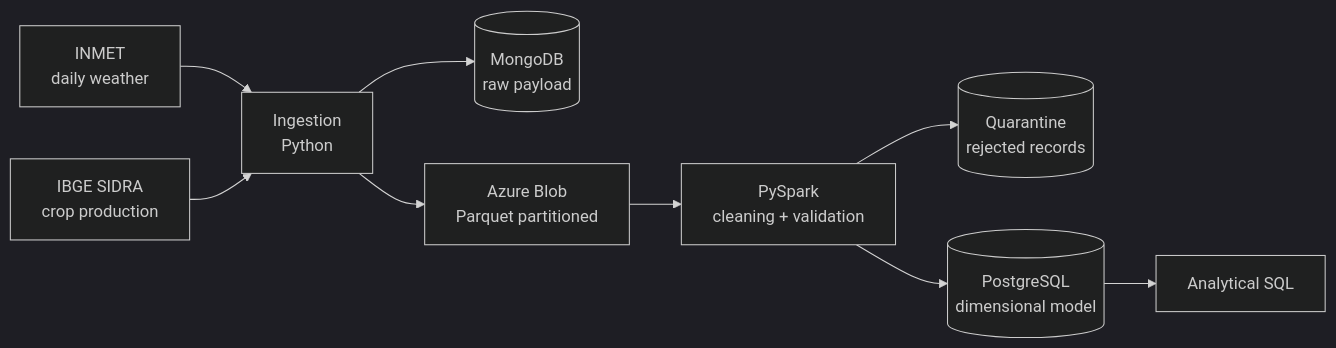
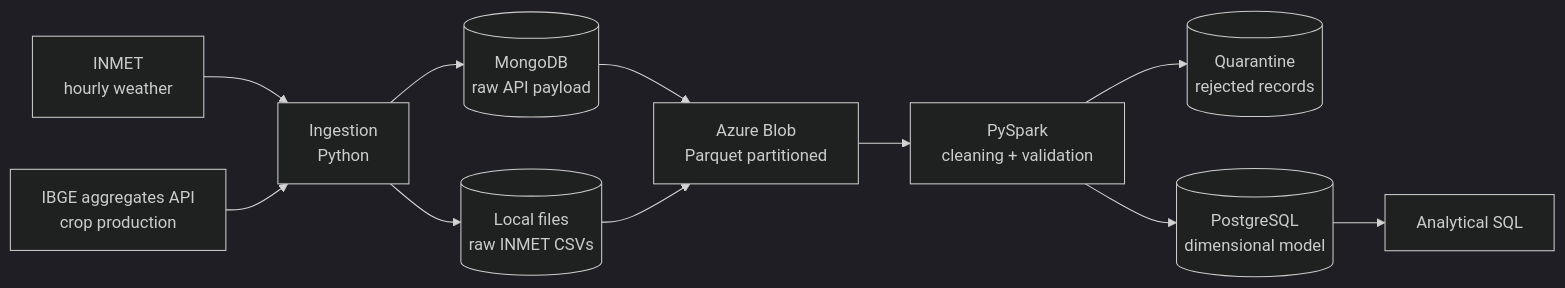
One commit to renan-almeidaa/pipeline-agroclima changed the diagram in README.md. Above: the diagram before and after it, drawn with Mermaid (dark theme). The commit also changed other lines of this file, not shown here.

Commit message:
docs: document weather ingestion and update project status

````diff
--- a/README.md
+++ b/README.md
@@ -9,11 +9,13 @@
 ```mermaid
 flowchart LR
-    INMET[INMET<br/>daily weather] --> ING[Ingestion<br/>Python]
-    IBGE[IBGE SIDRA<br/>crop production] --> ING
-    ING --> MONGO[(MongoDB<br/>raw payload)]
-    ING --> BRONZE[Azure Blob<br/>Parquet partitioned]
+    INMET[INMET<br/>hourly weather] --> ING[Ingestion<br/>Python]
+    IBGE[IBGE aggregates API<br/>crop production] --> ING
+    ING --> MONGO[(MongoDB<br/>raw API payload)]
+    ING --> CSV[(Local files<br/>raw INMET CSVs)]
+    MONGO --> BRONZE[Azure Blob<br/>Parquet partitioned]
+    CSV --> BRONZE
     BRONZE --> SILVER[PySpark<br/>cleaning + validation]
     SILVER --> QUAR[(Quarantine<br/>rejected records)]
     SILVER --> GOLD[(PostgreSQL<br/>dimensional model)]
     GOLD --> SQL[Analytical SQL]
 ```
````
